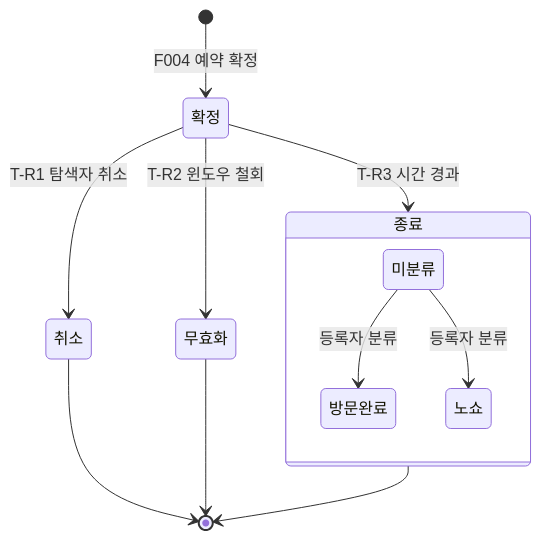
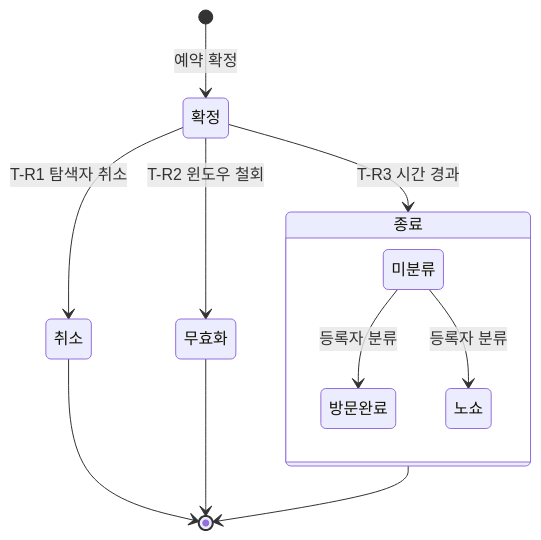
Before and after one commit to bumjinDev/wherehouse_SpringBoot: the fourth of 4 diagrams in docs/13. Wherehouse_고도화_주거지예약시스템/3. Wherehouse_매물방문예약_설계명세서.md, drawn with Mermaid. The commit also changed other lines of this file and 2 other files, not shown here.

````diff
--- a/docs/13. Wherehouse_고도화_주거지예약시스템/3. Wherehouse_매물방문예약_설계명세서.md
+++ b/docs/13. Wherehouse_고도화_주거지예약시스템/3. Wherehouse_매물방문예약_설계명세서.md
@@ -422,17 +610,17 @@
 ```mermaid
 stateDiagram-v2
-    [*] --> 확정: F004 예약 확정
+    [*] --> 확정: 예약 확정
 
     확정 --> 취소: T-R1 탐색자 취소
     확정 --> 무효화: T-R2 윈도우 철회
     확정 --> 종료: T-R3 시간 경과
 
     취소 --> [*]
     무효화 --> [*]
     종료 --> [*]
 
     state 종료 {
         미분류 --> 방문완료: 등록자 분류
         미분류 --> 노쇼: 등록자 분류
     }
 ```
````
